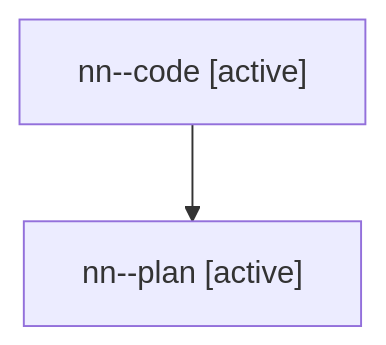
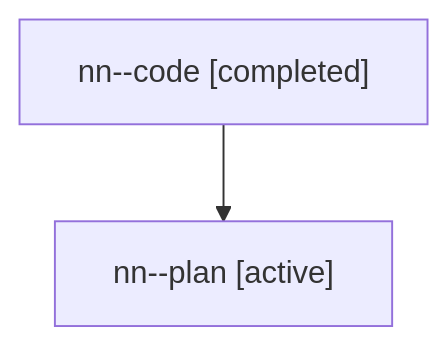
The diagram in sessions/bbugyi200.athena.nn.md (sase-org/sase--agents), drawn with Mermaid before and after one commit. The commit also changed other lines of this file and 5 other files, not shown here.

````diff
--- a/sessions/bbugyi200.athena.nn.md
+++ b/sessions/bbugyi200.athena.nn.md
@@ -9,6 +9,6 @@
 ```mermaid
 flowchart TD
-  n0["nn--code [active]"]
+  n0["nn--code [completed]"]
   n1["nn--plan [active]"]
   n0 --> n1
 ```
````
